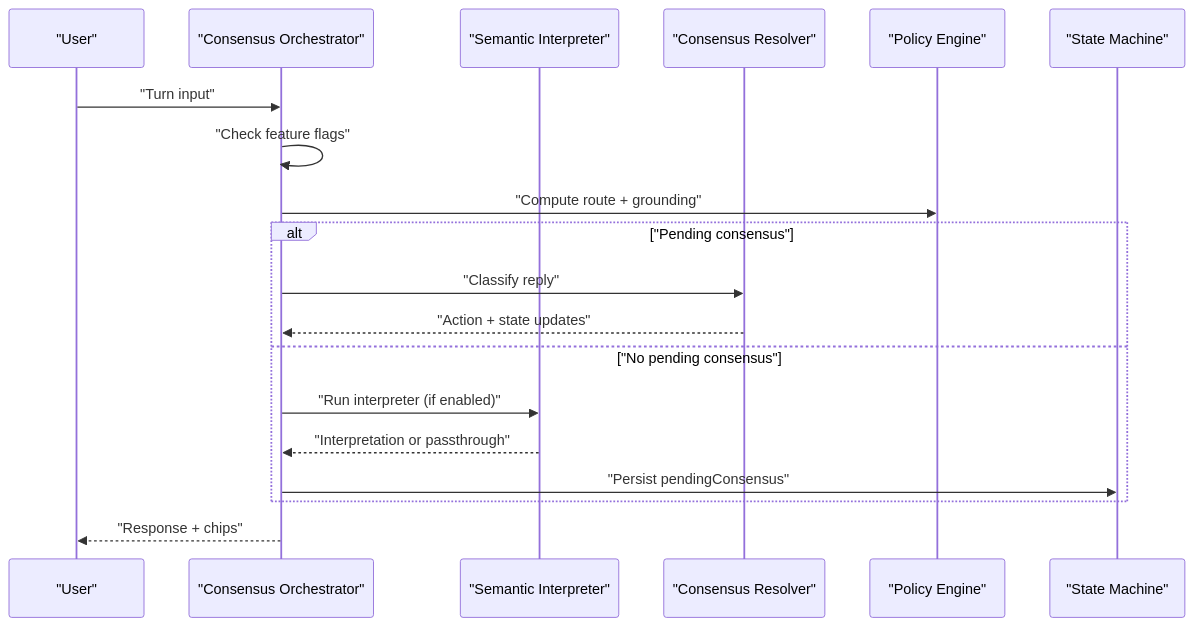
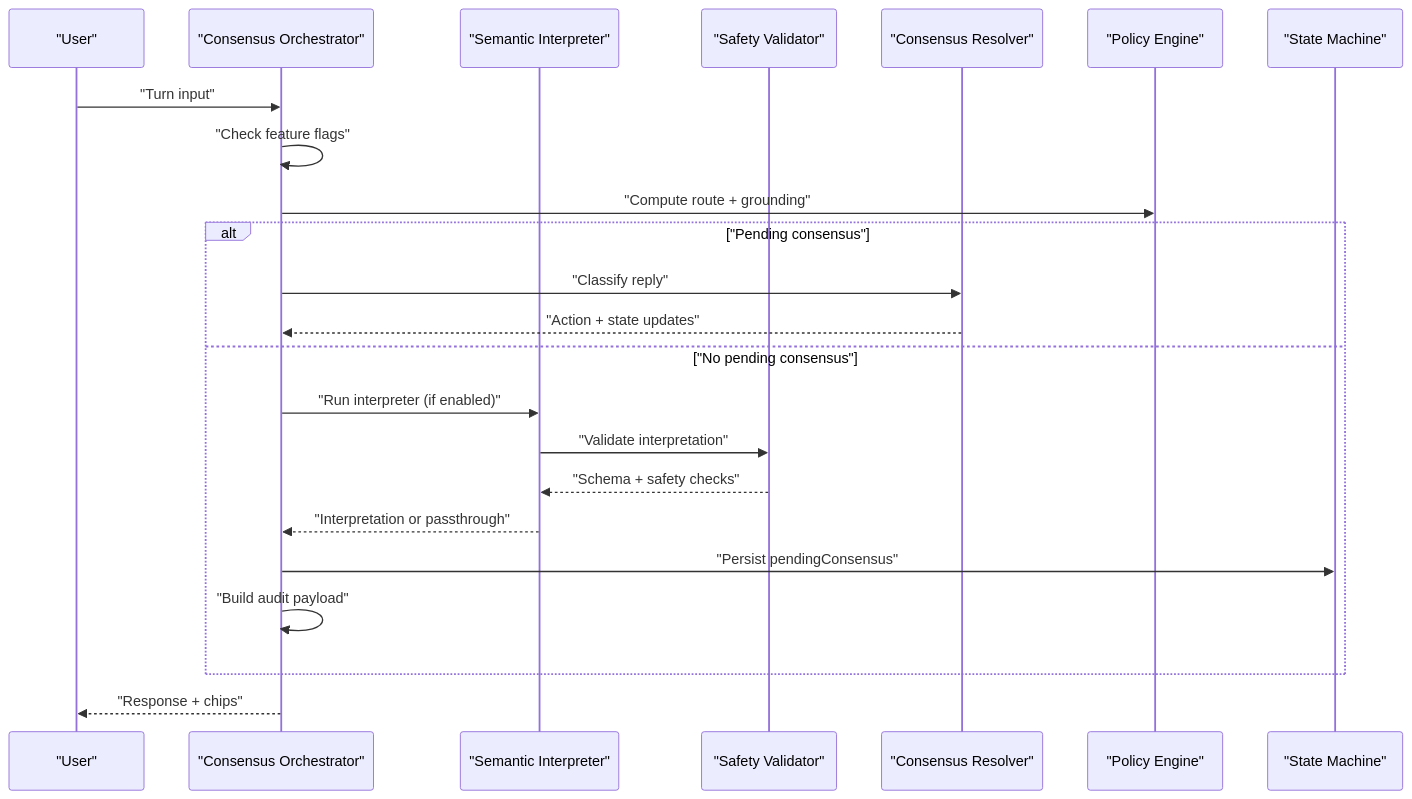
One commit to ongchonghian/gatiod-chat-assistant changed the second of 8 diagrams in .qoder/repowiki/en/content/Testing Strategy/V2 Pipeline Testing.md. Above: the diagram before and after it, drawn with Mermaid. The commit also changed other lines of this file and 32 other files, not shown here.

````diff
--- a/.qoder/repowiki/en/content/Testing Strategy/V2 Pipeline Testing.md
+++ b/.qoder/repowiki/en/content/Testing Strategy/V2 Pipeline Testing.md
@@ -100,21 +129,25 @@
 ```mermaid
 sequenceDiagram
 participant U as "User"
 participant ORCH as "Consensus Orchestrator"
 participant INT as "Semantic Interpreter"
+participant VALID as "Safety Validator"
 participant RES as "Consensus Resolver"
 participant POL as "Policy Engine"
 participant SM as "State Machine"
 U->>ORCH : "Turn input"
 ORCH->>ORCH : "Check feature flags"
 ORCH->>POL : "Compute route + grounding"
 alt "Pending consensus"
 ORCH->>RES : "Classify reply"
 RES-->>ORCH : "Action + state updates"
 else "No pending consensus"
 ORCH->>INT : "Run interpreter (if enabled)"
+INT->>VALID : "Validate interpretation"
+VALID-->>INT : "Schema + safety checks"
 INT-->>ORCH : "Interpretation or passthrough"
 ORCH->>SM : "Persist pendingConsensus"
+ORCH->>ORCH : "Build audit payload"
 end
 ORCH-->>U : "Response + chips"
 ```
````
